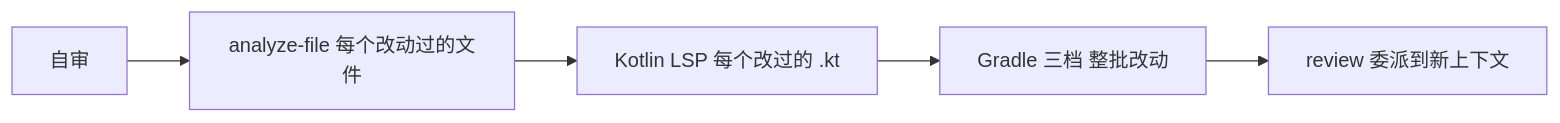
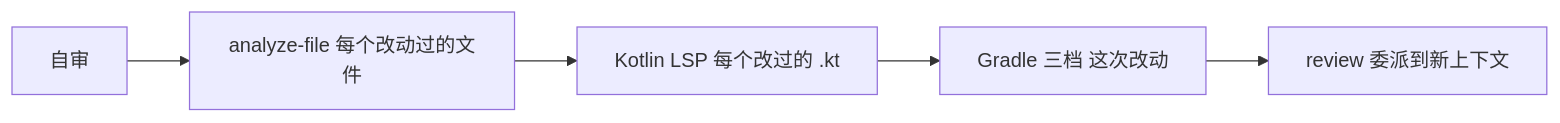
One commit to imknown/AndroidLowLevelDetector changed the diagram in docs/agents-cn/10-分析细则.md. Above: the diagram before and after it, drawn with Mermaid. The commit also changed other lines of this file and 9 other files, not shown here.

````diff
--- a/docs/agents-cn/10-分析细则.md
+++ b/docs/agents-cn/10-分析细则.md
@@ -40,7 +40,7 @@
 ```mermaid
 flowchart LR
     A[自审] --> B[analyze-file 每个改动过的文件]
     B --> C[Kotlin LSP 每个改过的 .kt]
-    C --> D[Gradle 三档 整批改动]
+    C --> D[Gradle 三档 这次改动]
     D --> E[review 委派到新上下文]
 ```
````
